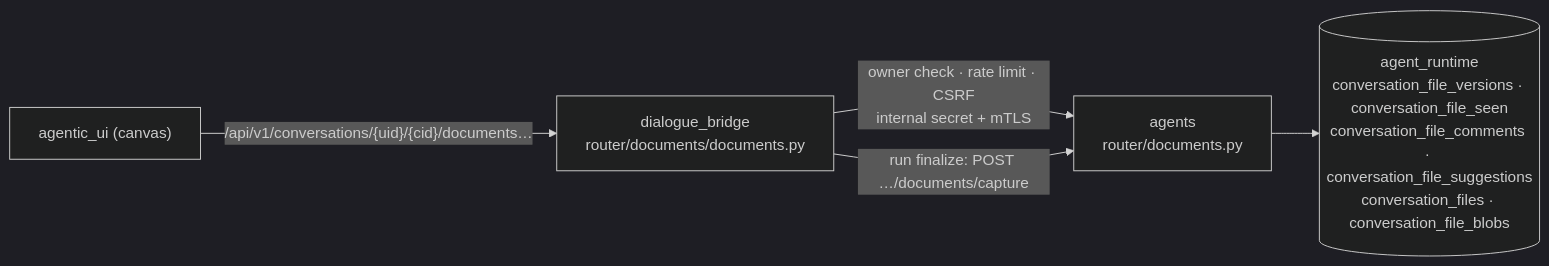
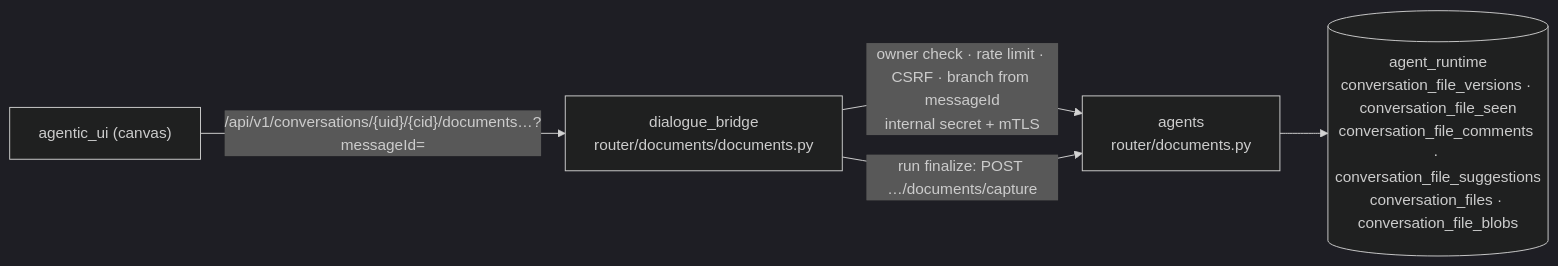
One commit to konstantinosmpouros/magenticx changed the first of 11 diagrams in docs/flows/canvas.md. Above: the diagram before and after it, drawn with Mermaid (dark theme). The commit also changed other lines of this file and 101 other files, not shown here.

````diff
--- a/docs/flows/canvas.md
+++ b/docs/flows/canvas.md
@@ -9,7 +11,7 @@
 ```mermaid
 flowchart LR
-    UI["agentic_ui (canvas)"] -->|"/api/v1/conversations/{uid}/{cid}/documents…"| BR["dialogue_bridge<br/>router/documents/documents.py"]
-    BR -->|"owner check · rate limit · CSRF<br/>internal secret + mTLS"| AG["agents<br/>router/documents.py"]
+    UI["agentic_ui (canvas)"] -->|"/api/v1/conversations/{uid}/{cid}/documents…?messageId="| BR["dialogue_bridge<br/>router/documents/documents.py"]
+    BR -->|"owner check · rate limit · CSRF · branch from messageId<br/>internal secret + mTLS"| AG["agents<br/>router/documents.py"]
     AG --> PG[("agent_runtime<br/>conversation_file_versions · conversation_file_seen<br/>conversation_file_comments · conversation_file_suggestions<br/>conversation_files · conversation_file_blobs")]
     BR -->|"run finalize: POST …/documents/capture"| AG
 ```
````
